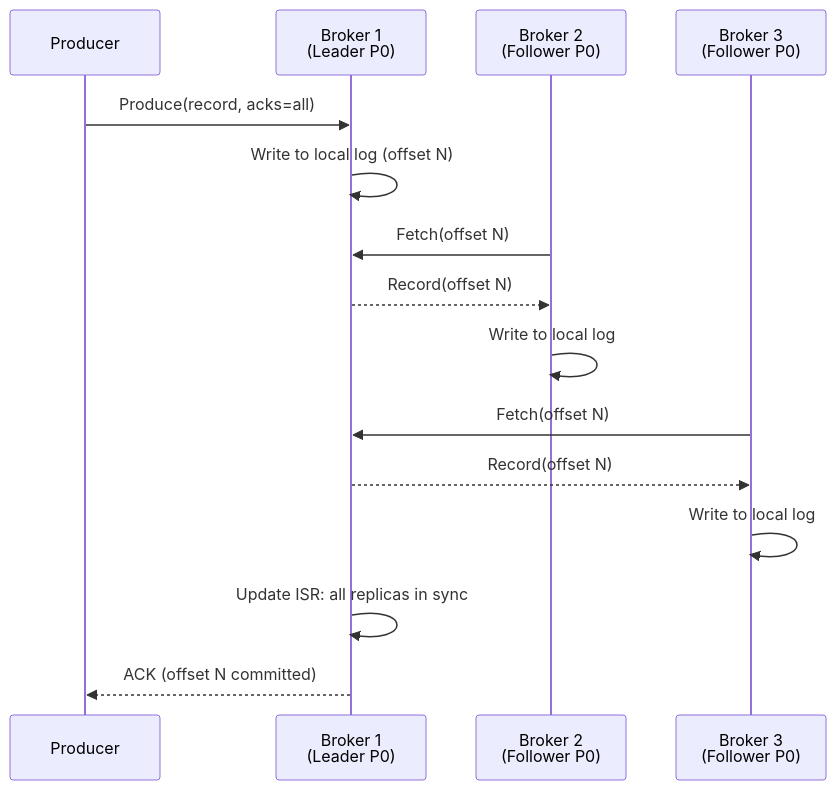
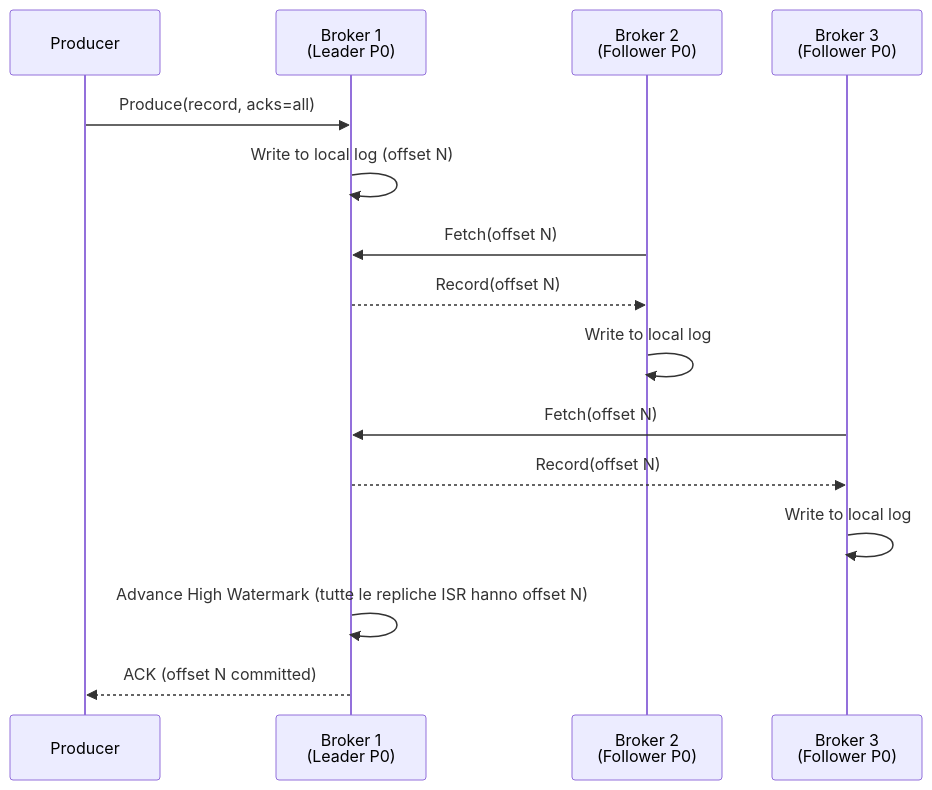
One commit to Tempohh/devops-kb changed the second of 2 diagrams in docs/messaging/kafka/fondamenti/topics-partizioni.md. Above: the diagram before and after it, drawn with Mermaid. The commit also changed other lines of this file and 1 other file, not shown here.

````diff
--- a/docs/messaging/kafka/fondamenti/topics-partizioni.md
+++ b/docs/messaging/kafka/fondamenti/topics-partizioni.md
@@ -120,18 +121,18 @@
 ```mermaid
 sequenceDiagram
     participant Producer
     participant Leader as Broker 1<br/>(Leader P0)
     participant Follower1 as Broker 2<br/>(Follower P0)
     participant Follower2 as Broker 3<br/>(Follower P0)
 
     Producer->>Leader: Produce(record, acks=all)
     Leader->>Leader: Write to local log (offset N)
     Follower1->>Leader: Fetch(offset N)
     Leader-->>Follower1: Record(offset N)
     Follower1->>Follower1: Write to local log
     Follower2->>Leader: Fetch(offset N)
     Leader-->>Follower2: Record(offset N)
     Follower2->>Follower2: Write to local log
-    Leader->>Leader: Update ISR: all replicas in sync
+    Leader->>Leader: Advance High Watermark (tutte le repliche ISR hanno offset N)
     Leader-->>Producer: ACK (offset N committed)
 ```
````
